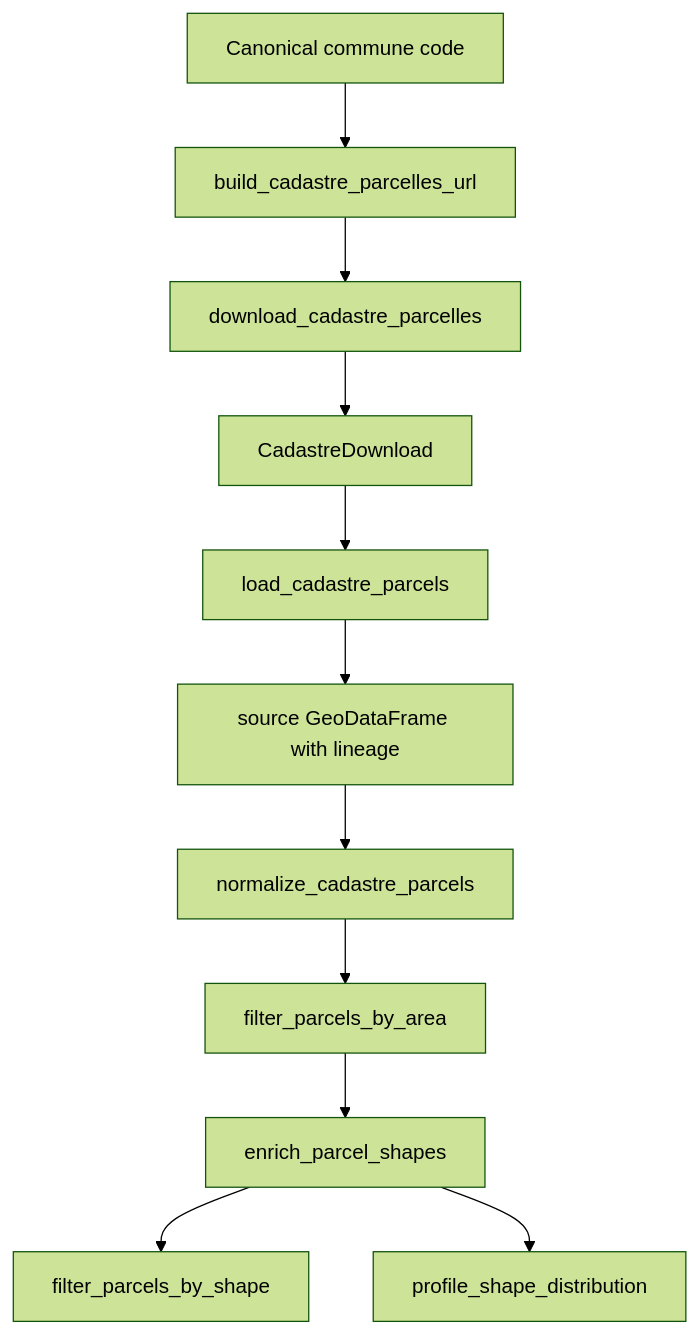
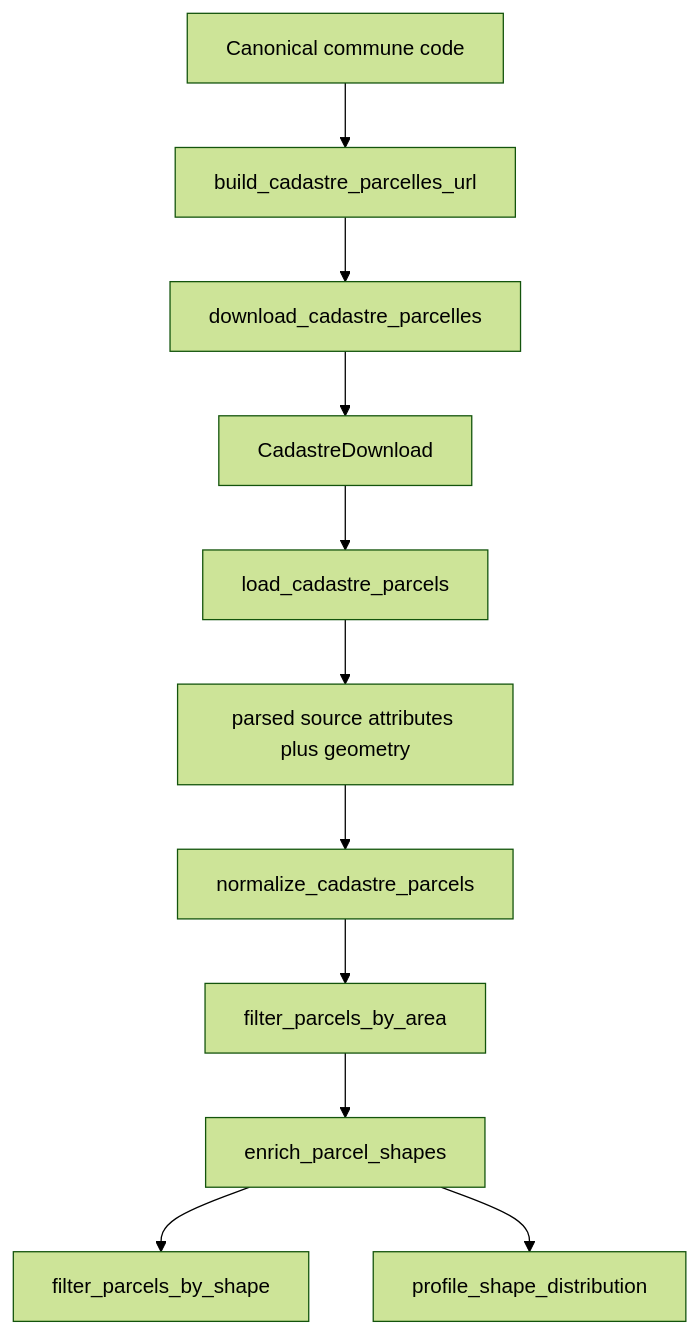
One commit to hmsouhaib/landscout-ai changed the diagram in docs/code/CADASTRE_PIPELINE.md. Above: the diagram before and after it, drawn with Mermaid (forest theme). The commit also changed other lines of this file and 104 other files, not shown here.

````diff
--- a/docs/code/CADASTRE_PIPELINE.md
+++ b/docs/code/CADASTRE_PIPELINE.md
@@ -5,13 +5,13 @@
 ```mermaid
 flowchart TD
     Commune[Canonical commune code] --> Url[build_cadastre_parcelles_url]
     Url --> Download[download_cadastre_parcelles]
     Download --> Envelope[CadastreDownload]
     Envelope --> Load[load_cadastre_parcels]
-    Load --> Source[source GeoDataFrame with lineage]
+    Load --> Source[parsed source attributes plus geometry]
     Source --> Normalize[normalize_cadastre_parcels]
     Normalize --> Area[filter_parcels_by_area]
     Area --> Shape[enrich_parcel_shapes]
     Shape --> Screen[filter_parcels_by_shape]
     Shape --> Profile[profile_shape_distribution]
 ```
````
